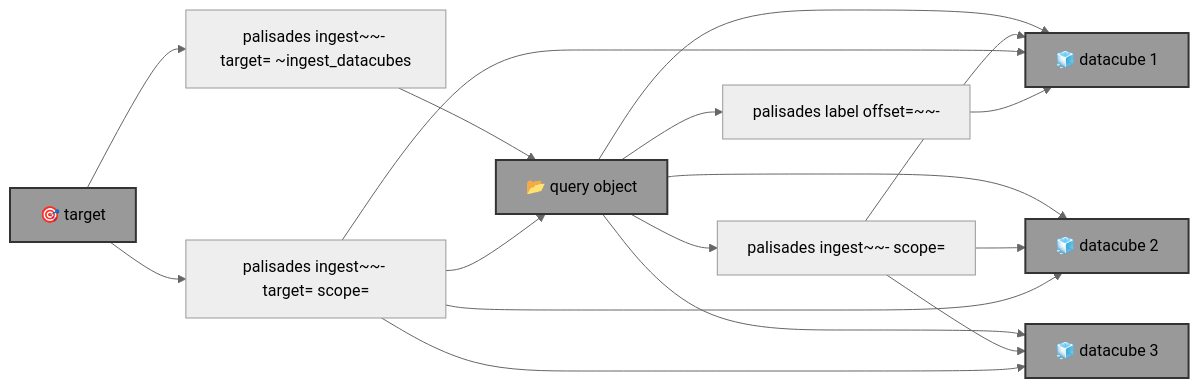
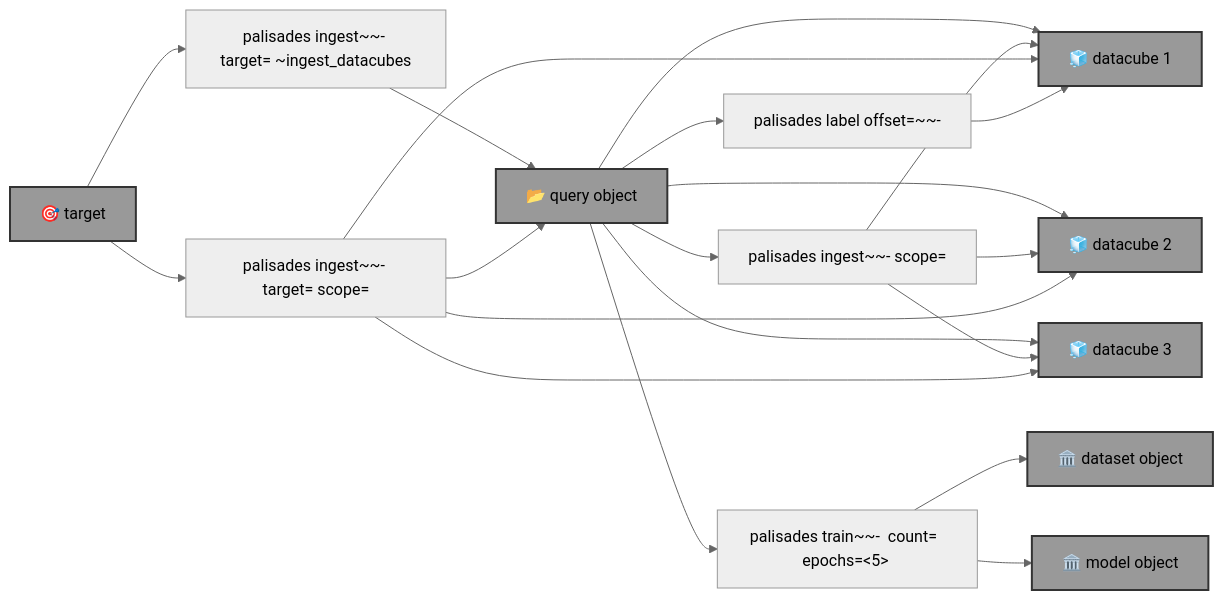
One commit to kamangir/blue-sandbox changed the diagram in blue_sandbox/palisades/template.md. Above: the diagram before and after it, drawn with Mermaid (neutral theme). The commit also changed 3 other files, not shown here.

````diff
--- a/blue_sandbox/palisades/template.md
+++ b/blue_sandbox/palisades/template.md
@@ -5,39 +5,47 @@
 ```mermaid
 graph LR
     palisades_ingest_query_ingest["palisades ingest~~- <query-object-name> scope=<scope>"]
 
     palisades_ingest_target["palisades ingest~~- target=<target> ~ingest_datacubes"]
 
     palisades_ingest_target_ingest["palisades ingest~~- target=<target> scope=<scope>"]
 
     palisades_label["palisades label offset=<offset>~~- <query-object-name>"]
 
+    palisades_train["palisades train~~- <query-object-name> count=<count> <dataset-object-name> epochs=<5> <model-object-name>"]
+
     target["🎯 target"]:::folder
     query_object["📂 query object"]:::folder
     datacube_1["🧊 datacube 1"]:::folder
     datacube_2["🧊 datacube 2"]:::folder
     datacube_3["🧊 datacube 3"]:::folder
+    dataset_object["🏛️ dataset object"]:::folder
+    model_object["🏛️ model object"]:::folder
 
     query_object --> datacube_1
     query_object --> datacube_2
     query_object --> datacube_3
 
     query_object --> palisades_ingest_query_ingest
     palisades_ingest_query_ingest --> datacube_1
     palisades_ingest_query_ingest --> datacube_2
     palisades_ingest_query_ingest --> datacube_3
 
     target --> palisades_ingest_target
     palisades_ingest_target --> query_object
 
     target --> palisades_ingest_target_ingest
     palisades_ingest_target_ingest --> query_object
     palisades_ingest_target_ingest --> datacube_1
     palisades_ingest_target_ingest --> datacube_2
     palisades_ingest_target_ingest --> datacube_3
 
     query_object --> palisades_label
     palisades_label --> datacube_1
 
+    query_object --> palisades_train
+    palisades_train --> dataset_object
+    palisades_train --> model_object
+
     classDef folder fill:#999,stroke:#333,stroke-width:2px;
 ```
````
